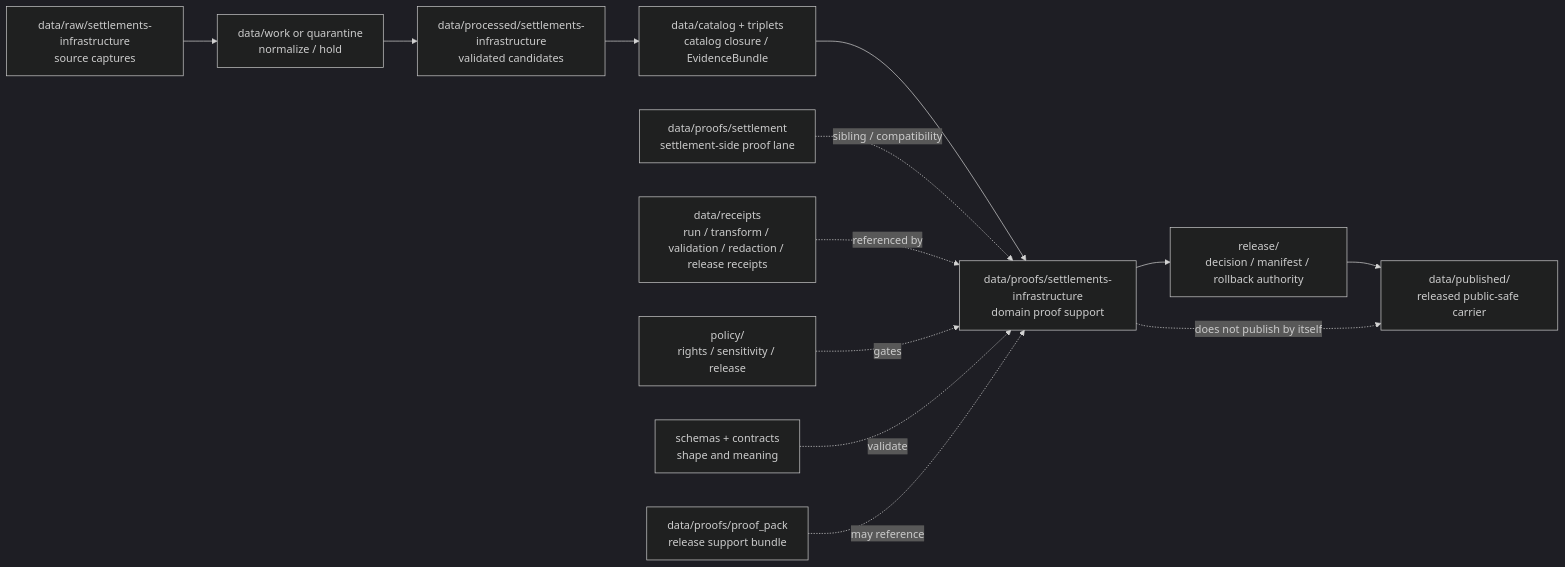
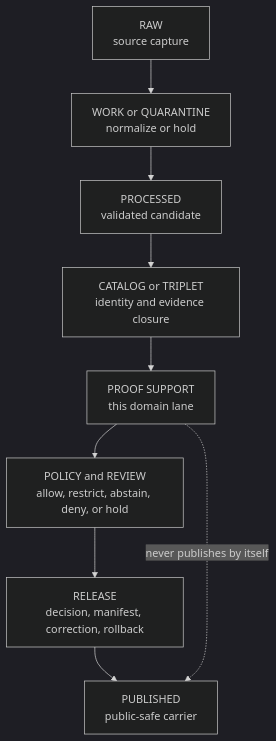
The diagram in data/proofs/settlements-infrastructure/README.md (bartytime4life/Kansas-Frontier-Matrix), drawn with Mermaid (dark theme) before and after one commit. The commit also changed other lines of this file, not shown here.

Commit message:
docs(proofs): modernize Settlements/Infrastructure proof README

````diff
--- a/data/proofs/settlements-infrastructure/README.md
+++ b/data/proofs/settlements-infrastructure/README.md
@@ -341,17 +533,11 @@
 ```mermaid
-flowchart LR
-  RAW["data/raw/settlements-infrastructure<br/>source captures"] --> WORK["data/work or quarantine<br/>normalize / hold"]
-  WORK --> PROC["data/processed/settlements-infrastructure<br/>validated candidates"]
-  PROC --> CAT["data/catalog + triplets<br/>catalog closure / EvidenceBundle"]
-  CAT --> PROOF["data/proofs/settlements-infrastructure<br/>domain proof support"]
-  PROOF --> REL["release/<br/>decision / manifest / rollback authority"]
-  REL --> PUB["data/published/<br/>released public-safe carrier"]
-
-  SETP["data/proofs/settlement<br/>settlement-side proof lane"] -. sibling / compatibility .-> PROOF
-  REC["data/receipts<br/>run / transform / validation / redaction / release receipts"] -. referenced by .-> PROOF
-  POL["policy/<br/>rights / sensitivity / release"] -. gates .-> PROOF
-  SCH["schemas + contracts<br/>shape and meaning"] -. validate .-> PROOF
-  PP["data/proofs/proof_pack<br/>release support bundle"] -. may reference .-> PROOF
-
-  PROOF -. "does not publish by itself" .-> PUB
+flowchart TD
+  RAW["RAW<br/>source capture"] --> WQ["WORK or QUARANTINE<br/>normalize or hold"]
+  WQ --> PROC["PROCESSED<br/>validated candidate"]
+  PROC --> CAT["CATALOG or TRIPLET<br/>identity and evidence closure"]
+  CAT --> PROOF["PROOF SUPPORT<br/>this domain lane"]
+  PROOF --> REVIEW["POLICY and REVIEW<br/>allow, restrict, abstain, deny, or hold"]
+  REVIEW --> REL["RELEASE<br/>decision, manifest, correction, rollback"]
+  REL --> PUB["PUBLISHED<br/>public-safe carrier"]
+  PROOF -. "never publishes by itself" .-> PUB
 ```
````
